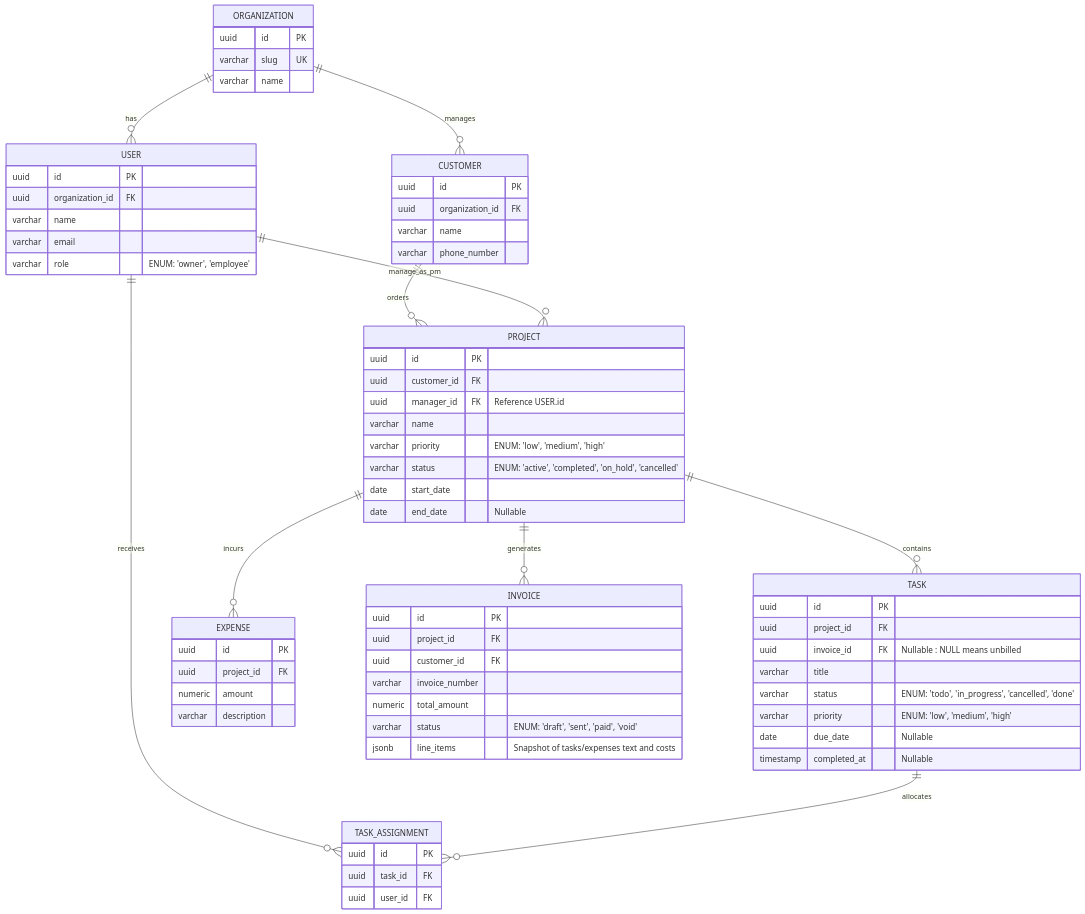
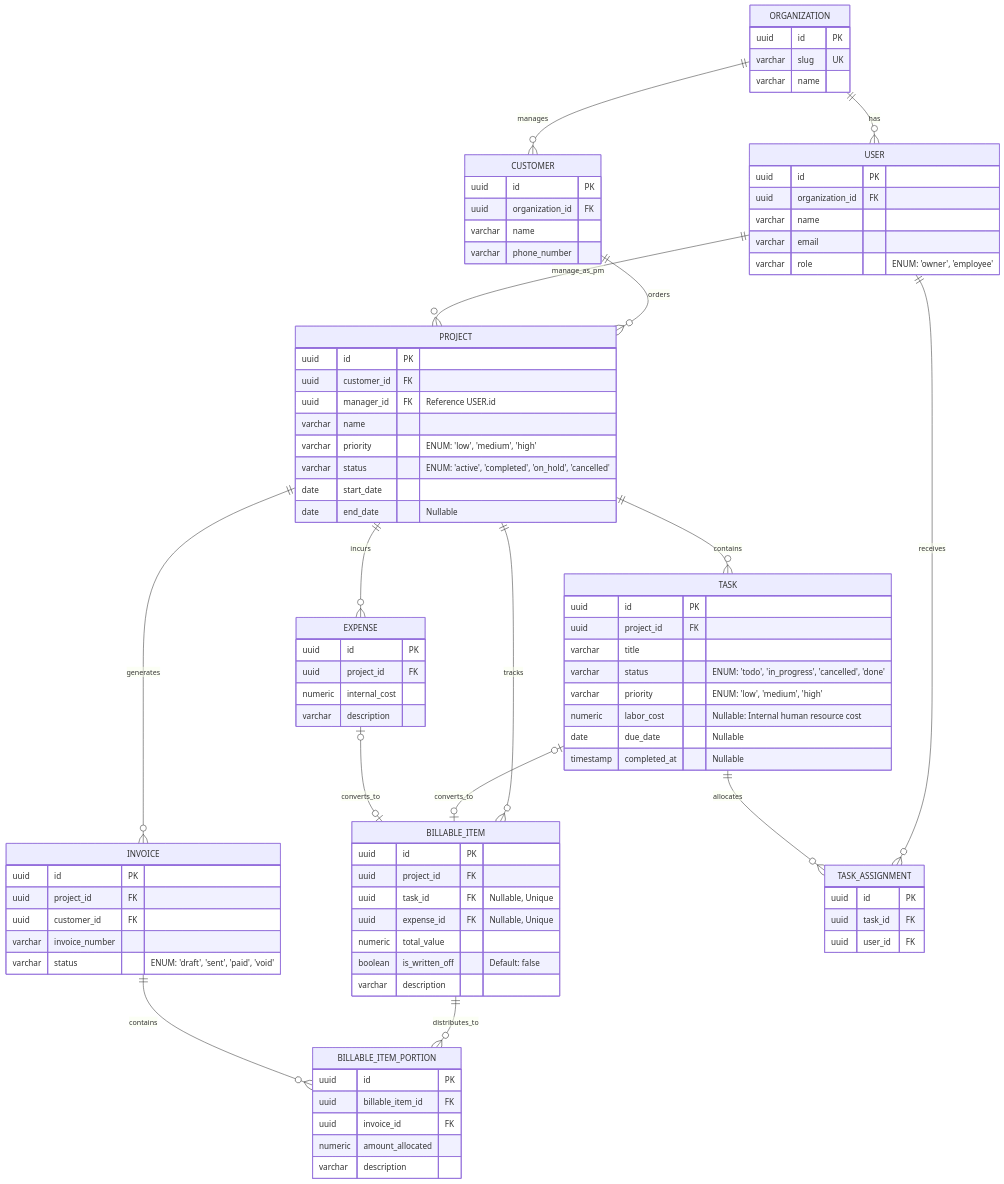
Before and after one commit to mauriciobarda/service-tenant-erp: the diagram in docs/database.md, drawn with Mermaid. The commit also changed other lines of this file, not shown here.

Commit message:
docs: update database decisions and ERD to reflect new billing system and tasks labor cost

````diff
--- a/docs/database.md
+++ b/docs/database.md
@@ -25,7 +25,14 @@
 
     PROJECT ||--o{ TASK : contains
     PROJECT ||--o{ EXPENSE : incurs
+    PROJECT ||--o{ BILLABLE_ITEM : tracks
     PROJECT ||--o{ INVOICE : generates
+
+    TASK |o--o| BILLABLE_ITEM : converts_to
+    EXPENSE |o--o| BILLABLE_ITEM : converts_to
+
+    BILLABLE_ITEM ||--o{ BILLABLE_ITEM_PORTION : distributes_to
+    INVOICE ||--o{ BILLABLE_ITEM_PORTION : contains
 
     %% Task assignment and project management links
     USER ||--o{ PROJECT : manage_as_pm   
@@ -67,10 +74,10 @@
     TASK {
         uuid id PK
         uuid project_id FK
-        uuid invoice_id FK "Nullable : NULL means unbilled"
         varchar title
         varchar status "ENUM: 'todo', 'in_progress', 'cancelled', 'done'"
         varchar priority "ENUM: 'low', 'medium', 'high'"
+        numeric labor_cost "Nullable: Internal human resource cost"
         date due_date "Nullable"
         timestamp completed_at "Nullable"
     }
@@ -84,7 +91,25 @@
     EXPENSE {
         uuid id PK
         uuid project_id FK
-        numeric amount
+        numeric internal_cost
+        varchar description
+    }
+
+    BILLABLE_ITEM {
+        uuid id PK
+        uuid project_id FK
+        uuid task_id FK "Nullable, Unique"
+        uuid expense_id FK "Nullable, Unique"
+        numeric total_value
+        boolean is_written_off "Default: false"
+        varchar description
+    }
+
+    BILLABLE_ITEM_PORTION {
+        uuid id PK
+        uuid billable_item_id FK
+        uuid invoice_id FK
+        numeric amount_allocated
         varchar description
     }
 
@@ -93,8 +118,6 @@
         uuid project_id FK 
         uuid customer_id FK
         varchar invoice_number
-        numeric total_amount
         varchar status "ENUM: 'draft', 'sent', 'paid', 'void'"
-        jsonb line_items "Snapshot of tasks/expenses text and costs"
     }
 ```
````
